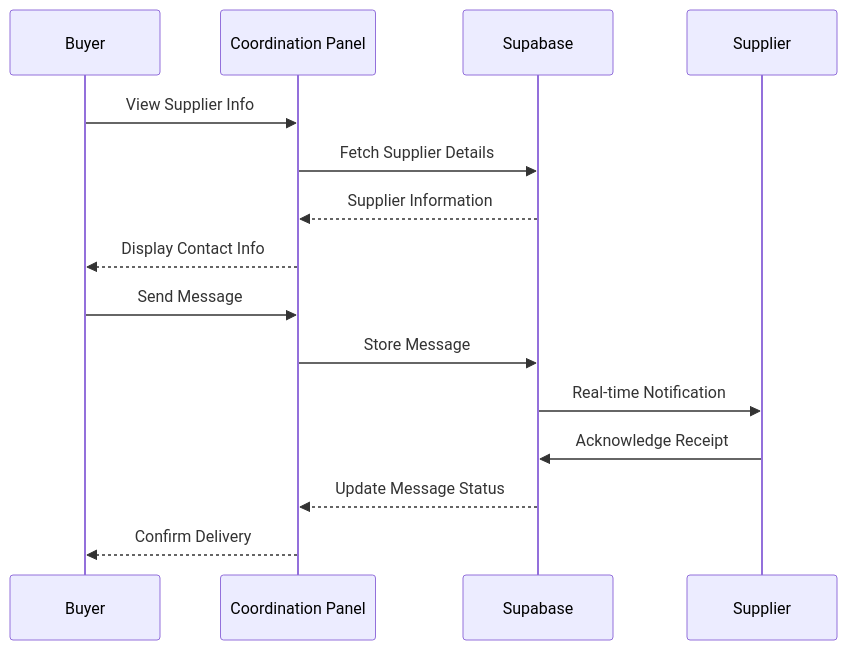
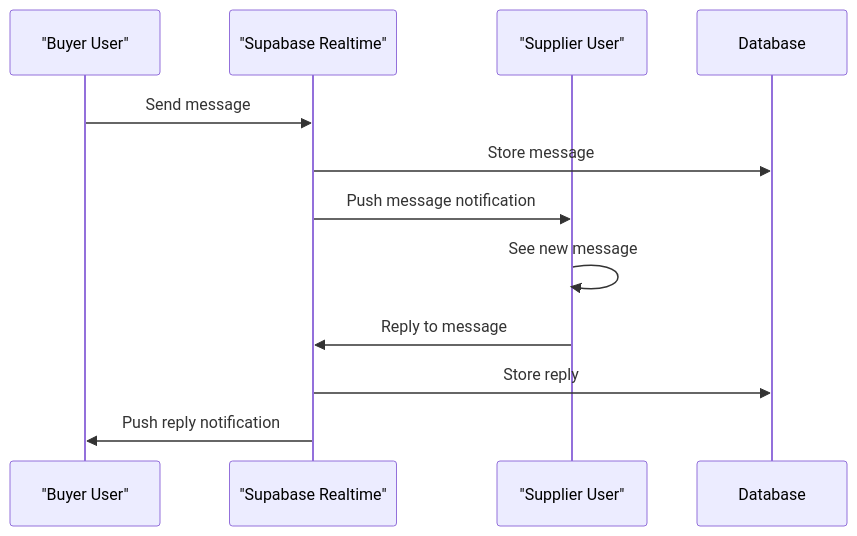
Before and after one commit to sleekapparels-admin/sleekapp-v100: the sixth of 9 diagrams in .qoder/repowiki/en/content/Core Features/LoopTrace™ Production Tracking/LoopTrace™ Production Tracking.md, drawn with Mermaid. The commit also changed other lines of this file and 337 other files, not shown here.

````diff
--- a/.qoder/repowiki/en/content/Core Features/LoopTrace™ Production Tracking/LoopTrace™ Production Tracking.md
+++ b/.qoder/repowiki/en/content/Core Features/LoopTrace™ Production Tracking/LoopTrace™ Production Tracking.md
@@ -154,17 +277,13 @@
 ```mermaid
 sequenceDiagram
-participant Buyer as Buyer
-participant Panel as Coordination Panel
-participant Supabase as Supabase
-participant Supplier as Supplier
-Buyer->>Panel : View Supplier Info
-Panel->>Supabase : Fetch Supplier Details
-Supabase-->>Panel : Supplier Information
-Panel-->>Buyer : Display Contact Info
-Buyer->>Panel : Send Message
-Panel->>Supabase : Store Message
-Supabase->>Supplier : Real-time Notification
-Supplier->>Supabase : Acknowledge Receipt
-Supabase-->>Panel : Update Message Status
-Panel-->>Buyer : Confirm Delivery
+participant Buyer as "Buyer User"
+participant Supabase as "Supabase Realtime"
+participant Supplier as "Supplier User"
+Buyer->>Supabase : Send message
+Supabase->>Database : Store message
+Supabase->>Supplier : Push message notification
+Supplier->>Supplier : See new message
+Supplier->>Supabase : Reply to message
+Supabase->>Database : Store reply
+Supabase->>Buyer : Push reply notification
 ```
````
